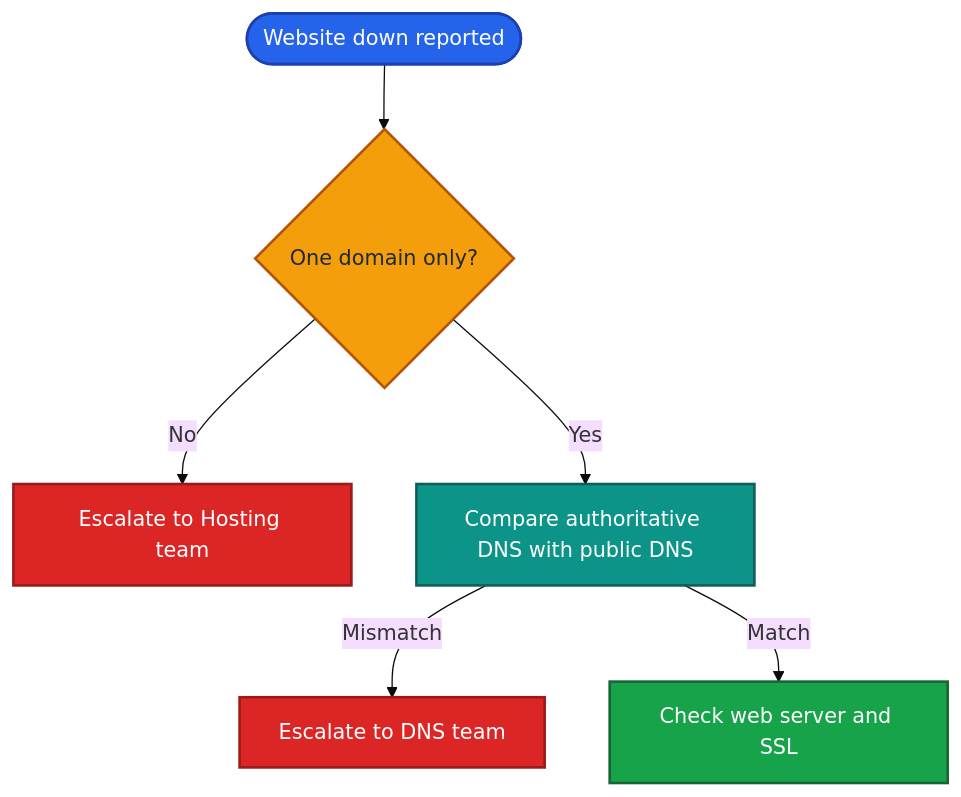
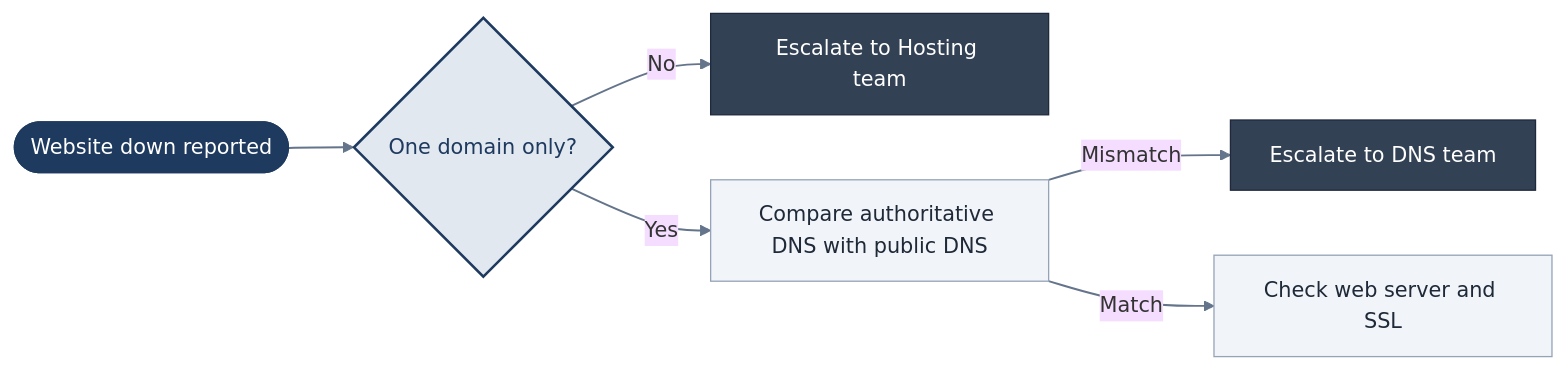
One commit to malaika-azhar/Customer-Tech-Support-Portfolio changed the diagram in 05-Escalation-scripts/05.1-Website-Down.md. Above: the diagram before and after it, drawn with Mermaid (base theme).

````diff
--- a/05-Escalation-scripts/05.1-Website-Down.md
+++ b/05-Escalation-scripts/05.1-Website-Down.md
@@ -111,20 +111,19 @@
 ```mermaid
-flowchart TD
+flowchart LR
     A([Website down reported]) --> B{One domain only?}
     B -->|No| C[Escalate to Hosting team]
     B -->|Yes| D[Compare authoritative DNS with public DNS]
     D -->|Mismatch| E[Escalate to DNS team]
     D -->|Match| F[Check web server and SSL]
 
-    classDef start fill:#2563eb,stroke:#1e40af,stroke-width:2px,color:#ffffff
-    classDef decide fill:#f59e0b,stroke:#b45309,stroke-width:2px,color:#1f2937
-    classDef check fill:#0d9488,stroke:#115e59,stroke-width:2px,color:#ffffff
-    classDef escalate fill:#dc2626,stroke:#991b1b,stroke-width:2px,color:#ffffff
-    classDef ok fill:#16a34a,stroke:#166534,stroke-width:2px,color:#ffffff
+    classDef start fill:#1e3a5f,stroke:#1e3a5f,stroke-width:1px,color:#ffffff
+    classDef decide fill:#e2e8f0,stroke:#1e3a5f,stroke-width:2px,color:#1e3a5f
+    classDef check fill:#f1f5f9,stroke:#94a3b8,stroke-width:1px,color:#1f2937
+    classDef escalate fill:#334155,stroke:#1e293b,stroke-width:1px,color:#ffffff
 
     class A start
     class B decide
+    class D,F check
     class C,E escalate
-    class D check
-    class F ok
+    linkStyle default stroke:#64748b,stroke-width:1.5px
 ```
````
